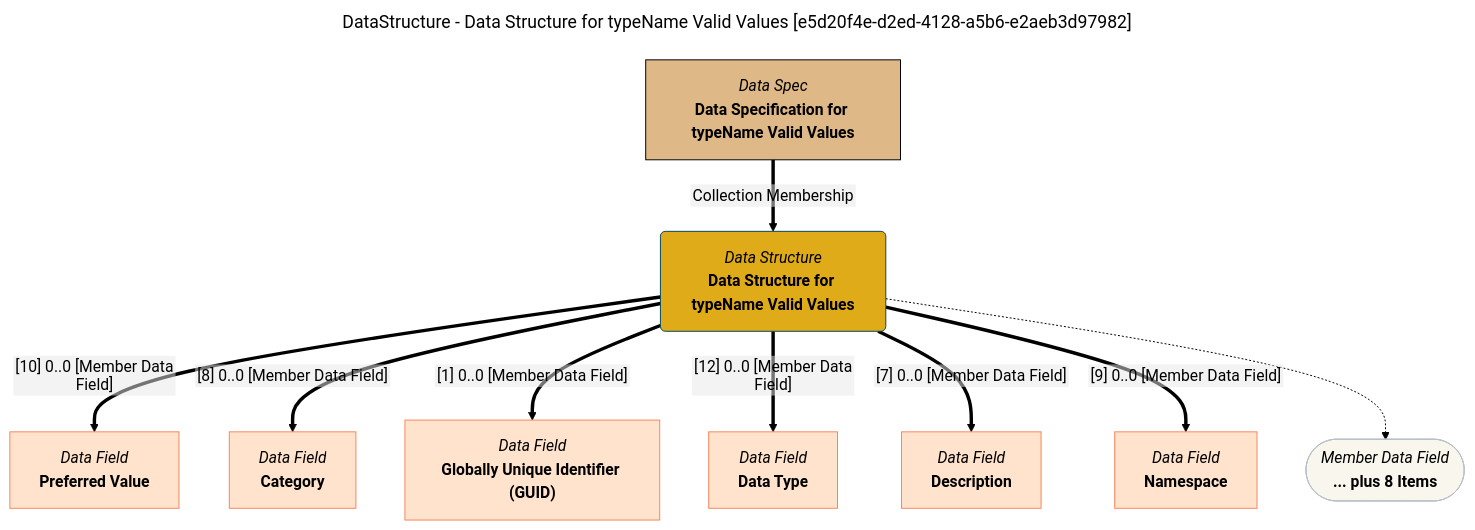
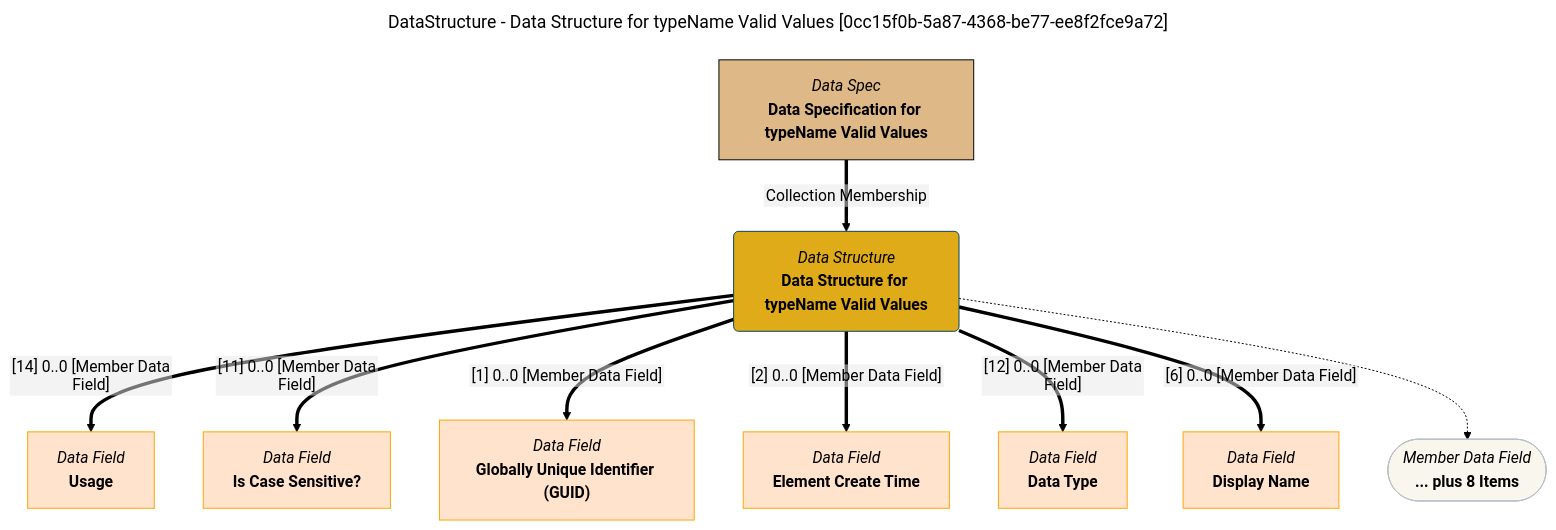
Before and after one commit to odpi/egeria-docs: the diagram in site/snippets/data-structures/data-structure-for-typename-valid-values-mermaid-graph.md, drawn with Mermaid (forest theme). The commit also changed 2201 other files, not shown here.

````diff
--- a/site/snippets/data-structures/data-structure-for-typename-valid-values-mermaid-graph.md
+++ b/site/snippets/data-structures/data-structure-for-typename-valid-values-mermaid-graph.md
@@ -1,43 +1,43 @@
 ```mermaid
 ---
-title: DataStructure - Data Structure for typeName Valid Values [e5d20f4e-d2ed-4128-a5b6-e2aeb3d97982]
+title: DataStructure - Data Structure for typeName Valid Values [0cc15f0b-5a87-4368-be77-ee8f2fce9a72]
 ---
 flowchart TD
 %%{init: {"flowchart": {"htmlLabels": false}} }%%
 
 1@{ shape: rounded, label: "*Data Structure*
 **Data Structure for typeName Valid Values**"}
 2@{ shape: rect, label: "*Data Spec*
 **Data Specification for typeName Valid Values**"}
 2==>|"Collection Membership"|1
 3@{ shape: rect, label: "*Data Field*
-**Preferred Value**"}
-1==>|"[10] 0..0 [Member Data Field]"|3
+**Usage**"}
+1==>|"[14] 0..0 [Member Data Field]"|3
 4@{ shape: rect, label: "*Data Field*
-**Category**"}
-1==>|"[8] 0..0 [Member Data Field]"|4
+**Is Case Sensitive?**"}
+1==>|"[11] 0..0 [Member Data Field]"|4
 5@{ shape: rect, label: "*Data Field*
 **Globally Unique Identifier (GUID)**"}
 1==>|"[1] 0..0 [Member Data Field]"|5
 6@{ shape: rect, label: "*Data Field*
+**Element Create Time**"}
+1==>|"[2] 0..0 [Member Data Field]"|6
+7@{ shape: rect, label: "*Data Field*
 **Data Type**"}
-1==>|"[12] 0..0 [Member Data Field]"|6
-7@{ shape: rect, label: "*Data Field*
-**Description**"}
-1==>|"[7] 0..0 [Member Data Field]"|7
+1==>|"[12] 0..0 [Member Data Field]"|7
 8@{ shape: rect, label: "*Data Field*
-**Namespace**"}
-1==>|"[9] 0..0 [Member Data Field]"|8
+**Display Name**"}
+1==>|"[6] 0..0 [Member Data Field]"|8
 9@{ shape: stadium, label: "*Member Data Field*
 **... plus 8 Items**"}
 1-.->9
 style 1 color:#000000, fill:#e0ab18, stroke:#004563
-style 2 color:#000000, fill:#deb887, stroke:#000000
-style 3 color:#000000, fill:#ffe3cc, stroke:#f9845b
-style 4 color:#000000, fill:#ffe3cc, stroke:#f9845b
-style 5 color:#000000, fill:#ffe3cc, stroke:#f9845b
-style 6 color:#000000, fill:#ffe3cc, stroke:#f9845b
-style 7 color:#000000, fill:#ffe3cc, stroke:#f9845b
-style 8 color:#000000, fill:#ffe3cc, stroke:#f9845b
+style 2 color:#000000, fill:#DEB887, stroke:#000000
+style 3 color:#000000, fill:#ffe3cc, stroke:#FFA500
+style 4 color:#000000, fill:#ffe3cc, stroke:#FFA500
+style 5 color:#000000, fill:#ffe3cc, stroke:#FFA500
+style 6 color:#000000, fill:#ffe3cc, stroke:#FFA500
+style 7 color:#000000, fill:#ffe3cc, stroke:#FFA500
+style 8 color:#000000, fill:#ffe3cc, stroke:#FFA500
 style 9 color:#000000, fill:#F9F7ED, stroke:#b7c0c7
 ```
````
